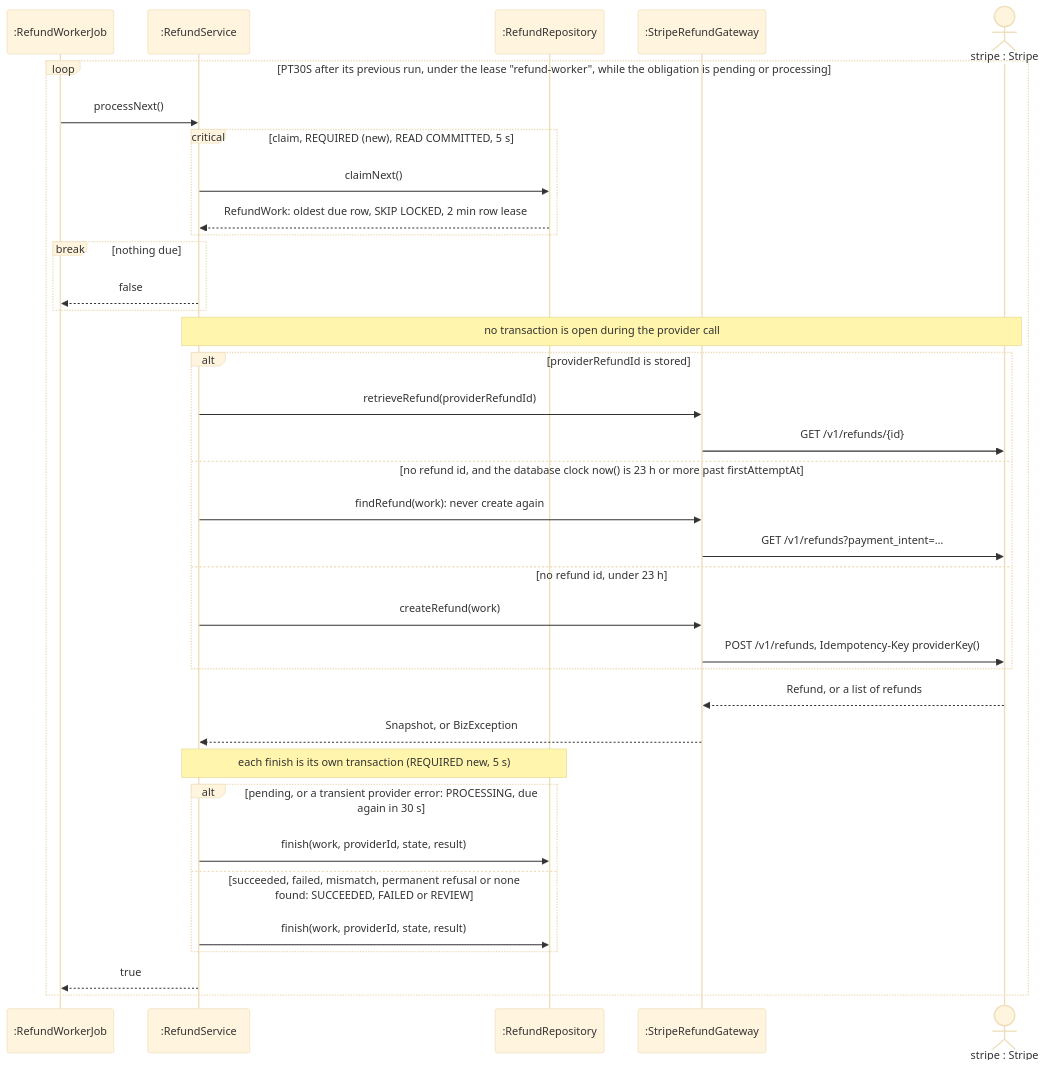
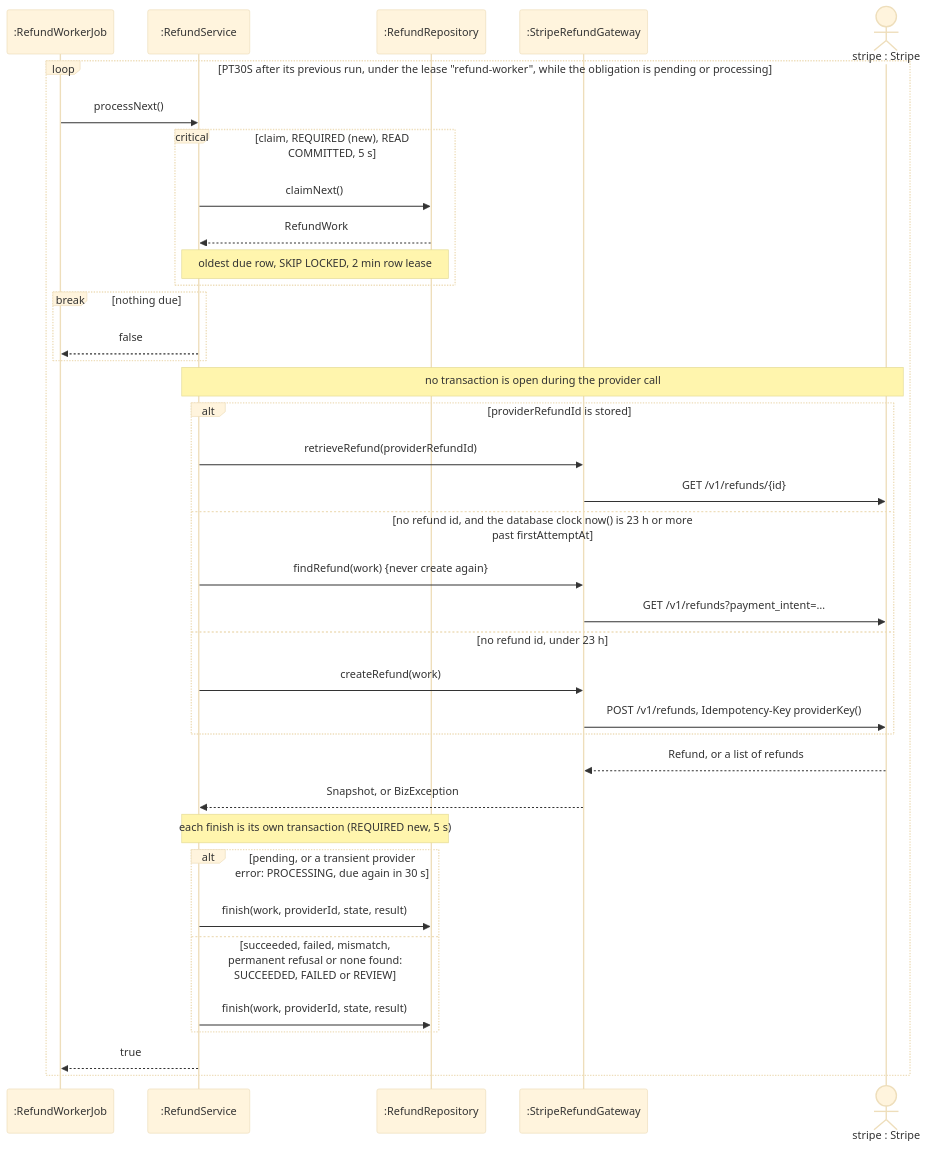
Before and after one commit to PPsyrius/iss-groupbuy-team8: the diagram in docs/swe5001/report/diagrams/uml/src/d14b-refund-retry.mmd, drawn with Mermaid (base theme). The commit also changed 55 other files, not shown here.

```diff
--- a/docs/swe5001/report/diagrams/uml/src/d14b-refund-retry.mmd
+++ b/docs/swe5001/report/diagrams/uml/src/d14b-refund-retry.mmd
@@ -1,38 +1,39 @@
 %% frame: After the expiry, part 1: the refund worker retries until Stripe answers (design)
 sequenceDiagram
     participant Job as :RefundWorkerJob
     participant Svc as :RefundService
     participant Repo as :RefundRepository
     participant GW as :StripeRefundGateway
     actor Stripe as stripe : Stripe
 
     loop PT30S after its previous run, under the lease "refund-worker", while the obligation is pending or processing
         Job->>Svc: processNext()
         critical claim, REQUIRED (new), READ COMMITTED, 5 s
             Svc->>Repo: claimNext()
-            Repo-->>Svc: RefundWork: oldest due row, SKIP LOCKED, 2 min row lease
+            Repo-->>Svc: RefundWork
+            Note over Svc,Repo: oldest due row, SKIP LOCKED, 2 min row lease
         end
         break nothing due
             Svc-->>Job: false
         end
         Note over Svc,Stripe: no transaction is open during the provider call
         alt providerRefundId is stored
             Svc->>GW: retrieveRefund(providerRefundId)
             GW->>Stripe: GET /v1/refunds/{id}
         else no refund id, and the database clock now() is 23 h or more past firstAttemptAt
-            Svc->>GW: findRefund(work): never create again
+            Svc->>GW: findRefund(work) {never create again}
             GW->>Stripe: GET /v1/refunds?payment_intent=…
         else no refund id, under 23 h
             Svc->>GW: createRefund(work)
             GW->>Stripe: POST /v1/refunds, Idempotency-Key providerKey()
         end
         Stripe-->>GW: Refund, or a list of refunds
         GW-->>Svc: Snapshot, or BizException
         Note over Svc,Repo: each finish is its own transaction (REQUIRED new, 5 s)
         alt pending, or a transient provider error: PROCESSING, due again in 30 s
             Svc->>Repo: finish(work, providerId, state, result)
         else succeeded, failed, mismatch, permanent refusal or none found: SUCCEEDED, FAILED or REVIEW
             Svc->>Repo: finish(work, providerId, state, result)
         end
         Svc-->>Job: true
     end
```
